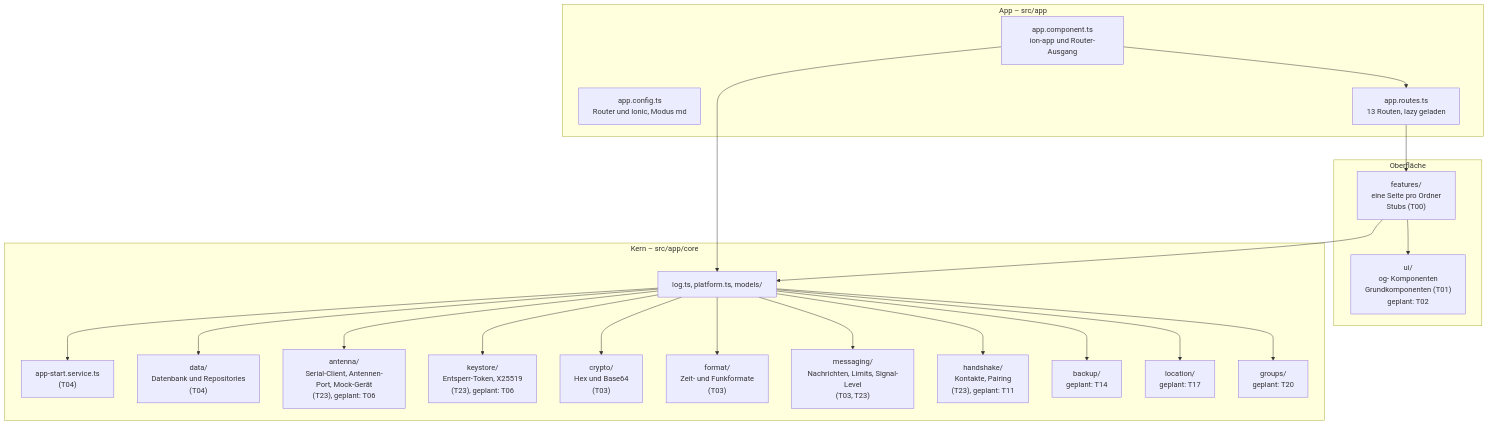
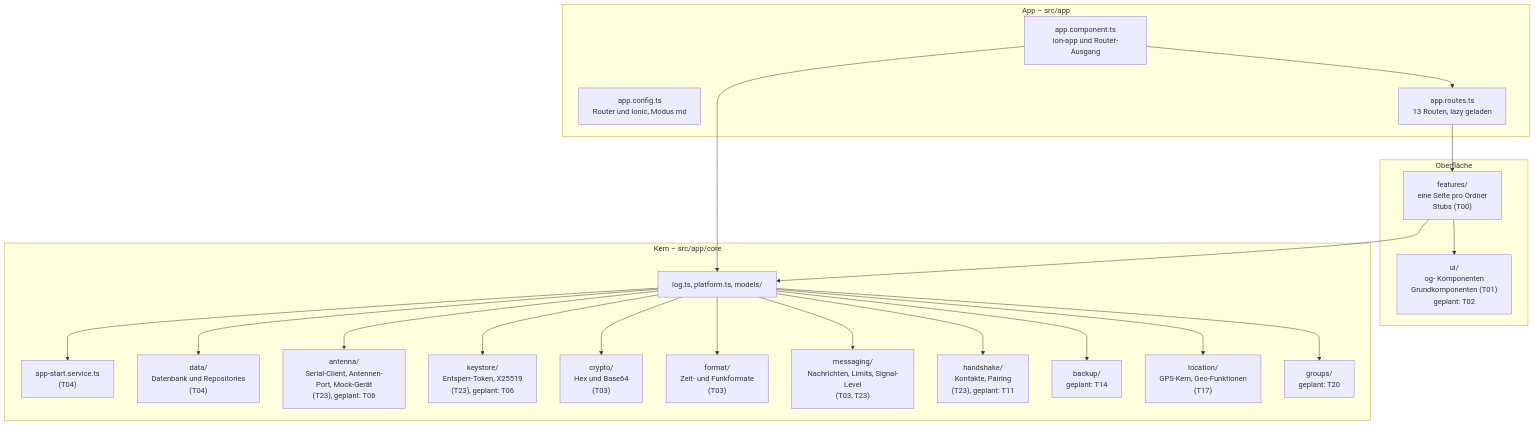
The diagram in doku/architektur/ueberblick.md (OffGridCH/app), drawn with Mermaid before and after one commit. The commit also changed other lines of this file and 7 other files, not shown here.

````diff
--- a/doku/architektur/ueberblick.md
+++ b/doku/architektur/ueberblick.md
@@ -14,42 +15,42 @@
 ```mermaid
 flowchart TD
     subgraph App["App – src/app"]
         Root["app.component.ts<br>ion-app und Router-Ausgang"]
         Config["app.config.ts<br>Router und Ionic, Modus md"]
         Routes["app.routes.ts<br>13 Routen, lazy geladen"]
     end
     subgraph Ui["Oberfläche"]
         Pages["features/<br>eine Seite pro Ordner<br>Stubs (T00)"]
         Components["ui/<br>og- Komponenten<br>Grundkomponenten (T01)<br>geplant: T02"]
     end
     subgraph Core["Kern – src/app/core"]
         Basis["log.ts, platform.ts, models/"]
         Start["app-start.service.ts<br>(T04)"]
         Data["data/<br>Datenbank und Repositories<br>(T04)"]
         Antenna["antenna/<br>Serial-Client, Antennen-Port, Mock-Gerät<br>(T23), geplant: T06"]
         Keystore["keystore/<br>Entsperr-Token, X25519<br>(T23), geplant: T06"]
         Crypto["crypto/<br>Hex und Base64<br/>(T03)"]
         Format["format/<br>Zeit- und Funkformate<br/>(T03)"]
         Messaging["messaging/<br>Nachrichten, Limits, Signal-Level<br/>(T03, T23)"]
         Handshake["handshake/<br>Kontakte, Pairing<br>(T23), geplant: T11"]
         Backup["backup/<br>geplant: T14"]
-        Location["location/<br>geplant: T17"]
+        Location["location/<br>GPS-Kern, Geo-Funktionen<br>(T17)"]
         Groups["groups/<br>geplant: T20"]
     end
     Root --> Routes
     Routes --> Pages
     Pages --> Components
     Pages --> Basis
     Root --> Basis
     Basis --> Start
     Basis --> Data
     Basis --> Antenna
     Basis --> Keystore
     Basis --> Crypto
     Basis --> Format
     Basis --> Messaging
     Basis --> Handshake
     Basis --> Backup
     Basis --> Location
     Basis --> Groups
 ```
````
